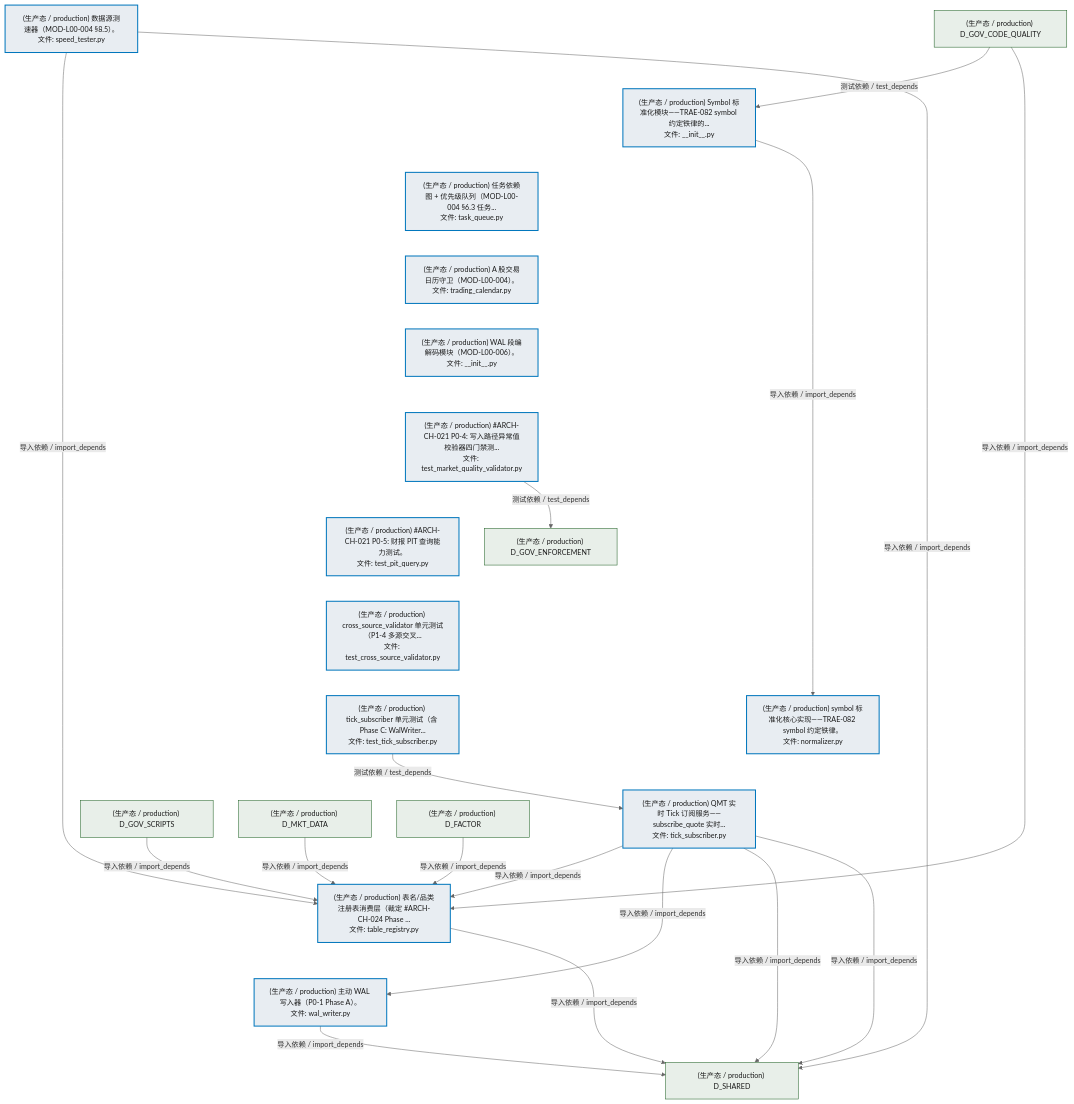
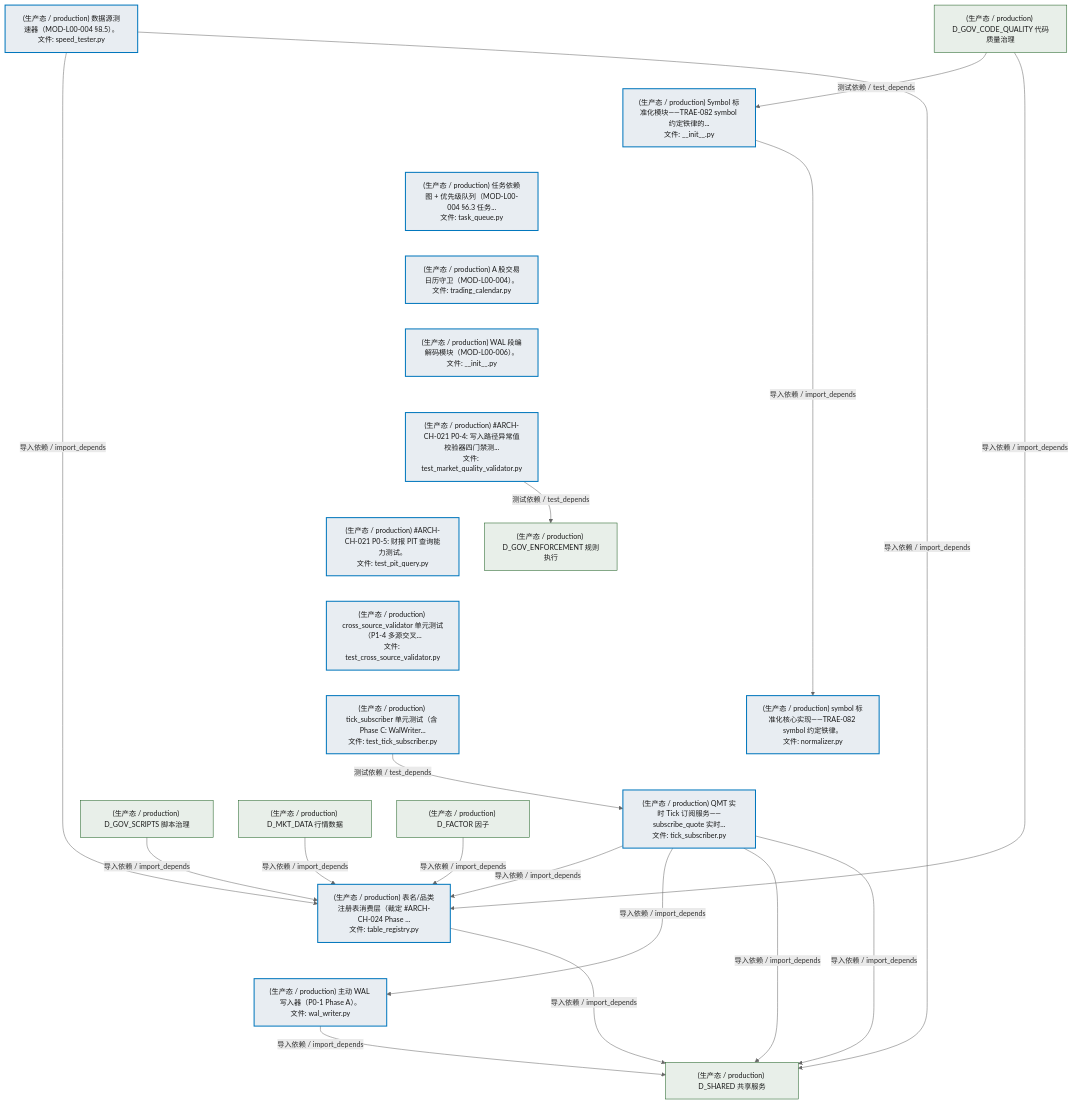
One commit to xuanFelixVan/ZephyrAlpha changed the sixth of 9 diagrams in docs/02_enterprise_architecture/02_domain_architecture_docs/11_d_data.md. Above: the diagram before and after it, drawn with Mermaid. The commit also changed other lines of this file and 45 other files, not shown here.

````diff
--- a/docs/02_enterprise_architecture/02_domain_architecture_docs/11_d_data.md
+++ b/docs/02_enterprise_architecture/02_domain_architecture_docs/11_d_data.md
@@ -733,55 +733,55 @@
 ```mermaid
 %%{init: {'theme': 'base', 'themeVariables': {'primaryColor': '#eaeaea', 'primaryTextColor': '#333333', 'primaryBorderColor': '#666666', 'lineColor': '#666666', 'secondaryColor': '#eaeaea', 'tertiaryColor': '#eaeaea', 'fontSize': '14px'}}}%%
 flowchart TD
     src_zephyr_data_speed_tester_py["(生产态 / production) 数据源测速器（MOD-L00-004 §8.5）。<br/>文件: speed_tester.py"]
     src_zephyr_data_symbol_normalizer_init_py["(生产态 / production) Symbol 标准化模块——TRAE-082 symbol 约定铁律的...<br/>文件: __init__.py"]
     src_zephyr_data_task_queue_py["(生产态 / production) 任务依赖图 + 优先级队列（MOD-L00-004 §6.3 任务...<br/>文件: task_queue.py"]
     src_zephyr_data_trading_calendar_py["(生产态 / production) A 股交易日历守卫（MOD-L00-004）。<br/>文件: trading_calendar.py"]
     src_zephyr_data_wal_codec_init_py["(生产态 / production) WAL 段编解码模块（MOD-L00-006）。<br/>文件: __init__.py"]
     tests_data_test_market_quality_validator_py["(生产态 / production) #ARCH-CH-021 P0-4: 写入路径异常值校验器四门禁测...<br/>文件: test_market_quality_validator.py"]
     tests_data_test_pit_query_py["(生产态 / production) #ARCH-CH-021 P0-5: 财报 PIT 查询能力测试。<br/>文件: test_pit_query.py"]
     tests_zephyr_data_test_cross_source_validator_py["(生产态 / production) cross_source_validator 单元测试（P1-4 多源交叉...<br/>文件: test_cross_source_validator.py"]
     tests_zephyr_data_test_tick_subscriber_py["(生产态 / production) tick_subscriber 单元测试（含 Phase C: WalWriter...<br/>文件: test_tick_subscriber.py"]
     src_zephyr_data_speed_tester_py ~~~ src_zephyr_data_symbol_normalizer_init_py
     src_zephyr_data_symbol_normalizer_init_py ~~~ src_zephyr_data_task_queue_py
     src_zephyr_data_task_queue_py ~~~ src_zephyr_data_trading_calendar_py
     src_zephyr_data_trading_calendar_py ~~~ src_zephyr_data_wal_codec_init_py
     src_zephyr_data_wal_codec_init_py ~~~ tests_data_test_market_quality_validator_py
     tests_data_test_market_quality_validator_py ~~~ tests_data_test_pit_query_py
     tests_data_test_pit_query_py ~~~ tests_zephyr_data_test_cross_source_validator_py
     tests_zephyr_data_test_cross_source_validator_py ~~~ tests_zephyr_data_test_tick_subscriber_py
     src_zephyr_data_symbol_normalizer_normalizer_py["(生产态 / production) symbol 标准化核心实现——TRAE-082 symbol 约定铁律。<br/>文件: normalizer.py"]
     src_zephyr_data_tick_subscriber_py["(生产态 / production) QMT 实时 Tick 订阅服务——subscribe_quote 实时...<br/>文件: tick_subscriber.py"]
     src_zephyr_data_symbol_normalizer_normalizer_py ~~~ src_zephyr_data_tick_subscriber_py
     src_zephyr_data_table_registry_py["(生产态 / production) 表名/品类注册表消费层（裁定 #ARCH-CH-024 Phase ...<br/>文件: table_registry.py"]
     src_zephyr_data_wal_writer_py["(生产态 / production) 主动 WAL 写入器（P0-1 Phase A）。<br/>文件: wal_writer.py"]
     src_zephyr_data_table_registry_py ~~~ src_zephyr_data_wal_writer_py
     src_zephyr_data_speed_tester_py -->|导入依赖 / import_depends| src_zephyr_data_table_registry_py
     src_zephyr_data_tick_subscriber_py -->|导入依赖 / import_depends| src_zephyr_data_table_registry_py
     src_zephyr_data_tick_subscriber_py -->|导入依赖 / import_depends| src_zephyr_data_wal_writer_py
     src_zephyr_data_symbol_normalizer_init_py -->|导入依赖 / import_depends| src_zephyr_data_symbol_normalizer_normalizer_py
     tests_zephyr_data_test_tick_subscriber_py -->|测试依赖 / test_depends| src_zephyr_data_tick_subscriber_py
-    D_SHARED["(生产态 / production) D_SHARED"]
+    D_SHARED["(生产态 / production) D_SHARED 共享服务"]
     src_zephyr_data_tick_subscriber_py -->|导入依赖 / import_depends| D_SHARED
     src_zephyr_data_wal_writer_py -->|导入依赖 / import_depends| D_SHARED
-    D_GOV_ENFORCEMENT["(生产态 / production) D_GOV_ENFORCEMENT"]
+    D_GOV_ENFORCEMENT["(生产态 / production) D_GOV_ENFORCEMENT 规则执行"]
     tests_data_test_market_quality_validator_py -->|测试依赖 / test_depends| D_GOV_ENFORCEMENT
     src_zephyr_data_table_registry_py -->|导入依赖 / import_depends| D_SHARED
     src_zephyr_data_tick_subscriber_py -->|导入依赖 / import_depends| D_SHARED
     src_zephyr_data_speed_tester_py -->|导入依赖 / import_depends| D_SHARED
-    D_GOV_SCRIPTS["(生产态 / production) D_GOV_SCRIPTS"]
+    D_GOV_SCRIPTS["(生产态 / production) D_GOV_SCRIPTS 脚本治理"]
     D_GOV_SCRIPTS -->|导入依赖 / import_depends| src_zephyr_data_table_registry_py
-    D_GOV_CODE_QUALITY["(生产态 / production) D_GOV_CODE_QUALITY"]
+    D_GOV_CODE_QUALITY["(生产态 / production) D_GOV_CODE_QUALITY 代码质量治理"]
     D_GOV_CODE_QUALITY -->|测试依赖 / test_depends| src_zephyr_data_symbol_normalizer_init_py
-    D_MKT_DATA["(生产态 / production) D_MKT_DATA"]
+    D_MKT_DATA["(生产态 / production) D_MKT_DATA 行情数据"]
     D_MKT_DATA -->|导入依赖 / import_depends| src_zephyr_data_table_registry_py
-    D_FACTOR["(生产态 / production) D_FACTOR"]
+    D_FACTOR["(生产态 / production) D_FACTOR 因子"]
     D_FACTOR -->|导入依赖 / import_depends| src_zephyr_data_table_registry_py
     D_GOV_CODE_QUALITY -->|导入依赖 / import_depends| src_zephyr_data_table_registry_py
     classDef production fill:#e8edf2,stroke:#0277bd,stroke-width:2px,color:#1a1a1a
     classDef design fill:#f0ebe3,stroke:#bf360c,stroke-width:2px,color:#1a1a1a,stroke-dasharray: 5 5
     classDef external_prod fill:#e8efe9,stroke:#1b5e20,stroke-width:1px,color:#1a1a1a
     classDef external_design fill:#efe5ea,stroke:#880e4f,stroke-width:1px,color:#1a1a1a,stroke-dasharray: 5 5
     class src_zephyr_data_speed_tester_py,src_zephyr_data_symbol_normalizer_init_py,src_zephyr_data_symbol_normalizer_normalizer_py,src_zephyr_data_table_registry_py,src_zephyr_data_task_queue_py,src_zephyr_data_tick_subscriber_py,src_zephyr_data_trading_calendar_py,src_zephyr_data_wal_codec_init_py,src_zephyr_data_wal_writer_py,tests_data_test_market_quality_validator_py,tests_data_test_pit_query_py,tests_zephyr_data_test_cross_source_validator_py,tests_zephyr_data_test_tick_subscriber_py production
     class D_SHARED,D_GOV_ENFORCEMENT,D_GOV_SCRIPTS,D_GOV_CODE_QUALITY,D_MKT_DATA,D_FACTOR external_prod
 ```
````
